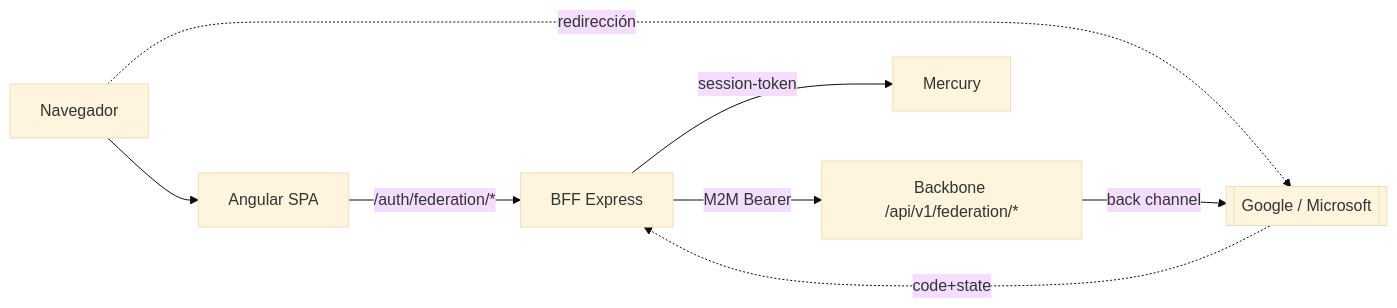
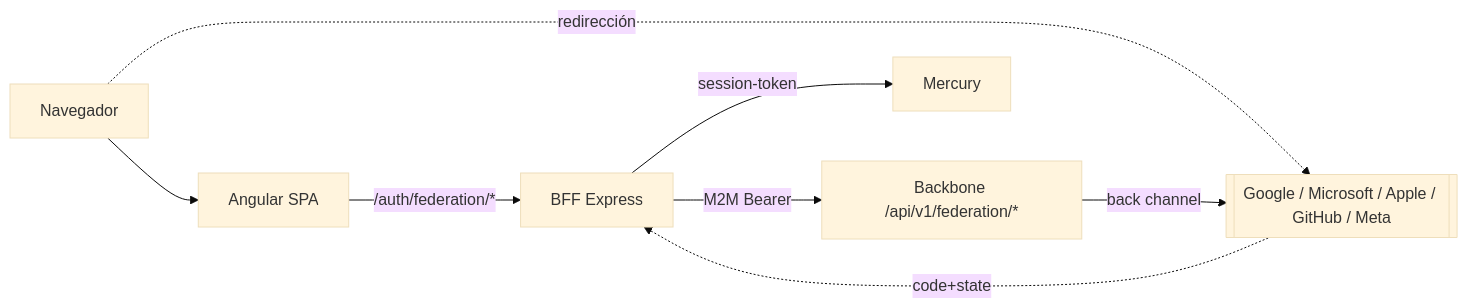
One commit to um-dev-creative/iris changed the first of 2 diagrams in docs/technical/social-federation.md. Above: the diagram before and after it, drawn with Mermaid (base theme). The commit also changed other lines of this file, not shown here.

````diff
--- a/docs/technical/social-federation.md
+++ b/docs/technical/social-federation.md
@@ -13,10 +13,10 @@
 ```mermaid
 flowchart LR
     B[Navegador] --> SPA[Angular SPA]
     SPA -->|/auth/federation/*| BFF[BFF Express]
     BFF -->|M2M Bearer| BB[Backbone /api/v1/federation/*]
-    B -. redirección .-> IDP[[Google / Microsoft]]
+    B -. redirección .-> IDP[[Google / Microsoft / Apple / GitHub / Meta]]
     IDP -. code+state .-> BFF
     BB -->|back channel| IDP
     BFF -->|session-token| MER[Mercury]
 ```
````
